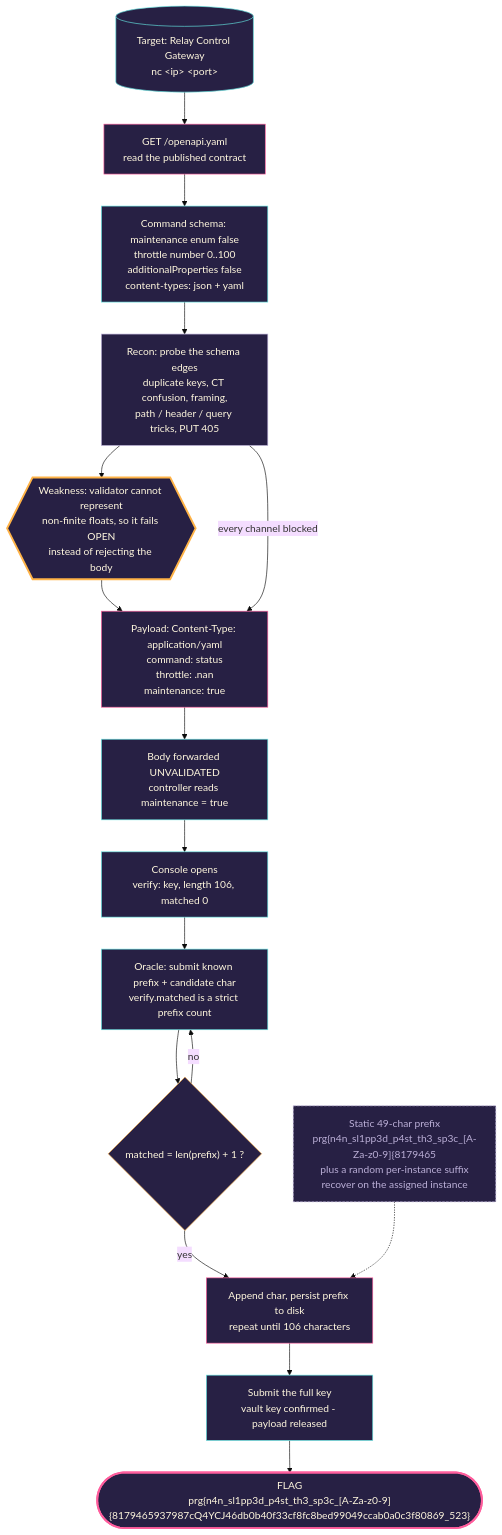
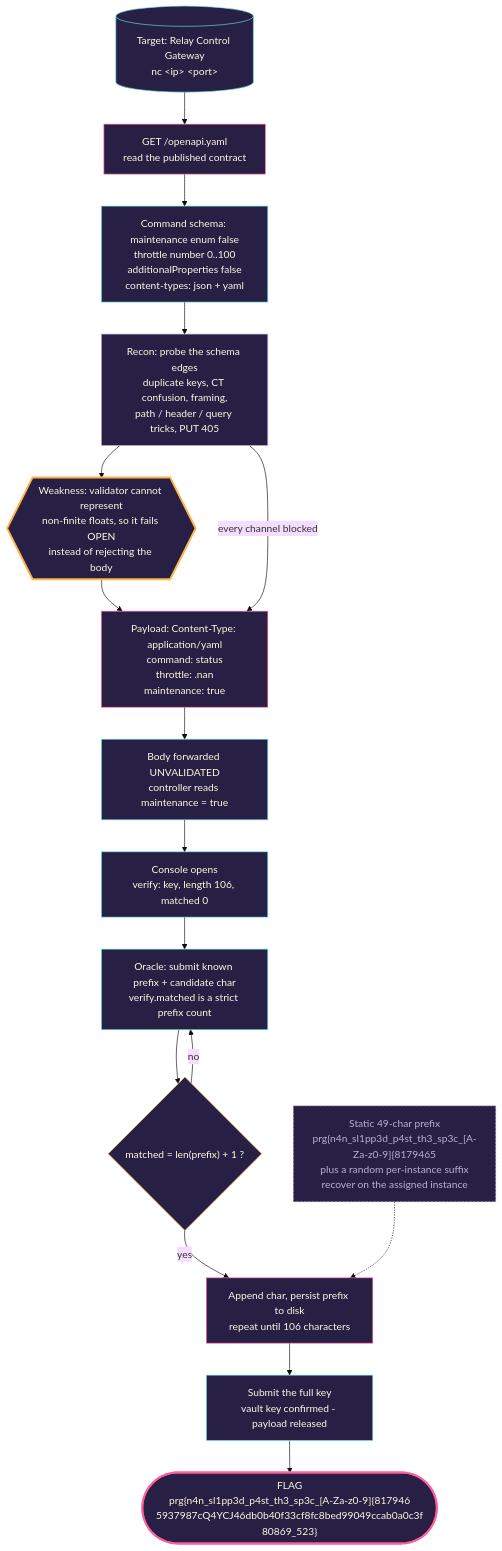
The diagram in content/ctfs/Digital-Pakistan-Red-Team-CTF/spec-warden.md (Radiant-Blaze/radiant-blaze.github.io), drawn with Mermaid (base theme) before and after one commit. The commit also changed 27 other files, not shown here.

````diff
--- a/content/ctfs/Digital-Pakistan-Red-Team-CTF/spec-warden.md
+++ b/content/ctfs/Digital-Pakistan-Red-Team-CTF/spec-warden.md
@@ -31,36 +31,36 @@
 ```mermaid
 flowchart TD
     accTitle: Relay control attack chain
     accDescr: Attack flow from the relay control gateway through the YAML schema bypass to the maintenance console and vault key.
     %% ---------- Target ----------
     A[("Target: Relay Control Gateway<br/>nc &lt;ip&gt; &lt;port&gt;")]:::target
     B["GET /openapi.yaml<br/>read the published contract"]:::attacker
     C["Command schema: maintenance enum false<br/>throttle number 0..100<br/>additionalProperties false<br/>content-types: json + yaml"]:::target
     D["Recon: probe the schema edges<br/>duplicate keys, CT confusion, framing,<br/>path / header / query tricks, PUT 405"]:::recon
     W{{"Weakness: validator cannot represent<br/>non-finite floats, so it fails OPEN<br/>instead of rejecting the body"}}:::vuln
     E["Payload: Content-Type: application/yaml<br/>command: status<br/>throttle: .nan<br/>maintenance: true"]:::attacker
     F["Body forwarded UNVALIDATED<br/>controller reads maintenance = true"]:::target
     G["Console opens<br/>verify: key, length 106, matched 0"]:::result
     H["Oracle: submit known prefix + candidate char<br/>verify.matched is a strict prefix count"]:::result
     I{"matched = len(prefix) + 1 ?"}:::decision
     J["Append char, persist prefix to disk<br/>repeat until 106 characters"]:::attacker
     K["Submit the full key<br/>vault key confirmed - payload released"]:::result
-    L(["FLAG<br/>prg{n4n_sl1pp3d_p4st_th3_sp3c_[A-Za-z0-9]{8179465937987cQ4YCJ46db0b40f33cf8fc8bed99049ccab0a0c3f80869_523}"]):::flag
+    L(["FLAG<br/>prg{n4n_sl1pp3d_p4st_th3_sp3c_[A-Za-z0-9]{817946<br/>5937987cQ4YCJ46db0b40f33cf8fc8bed99049ccab0a0c3f<br/>80869_523}"]):::flag
 
     %% ---------- Edges ----------
     A --> B --> C --> D --> W --> E --> F --> G --> H --> I
     I -->|"yes"| J --> K --> L
     I -->|"no"| H
     D -->|"every channel blocked"| E
     N1["Static 49-char prefix<br/>prg{n4n_sl1pp3d_p4st_th3_sp3c_[A-Za-z0-9]{8179465<br/>plus a random per-instance suffix<br/>recover on the assigned instance"]:::note -.-> J
 
     %% ---------- Roles ----------
     classDef target fill:#272044,stroke:#65e7e3,color:#fff7de
     classDef attacker fill:#272044,stroke:#ff5e9d,color:#fff7de
     classDef recon fill:#272044,stroke:#baaed6,color:#fff7de
     classDef vuln fill:#272044,stroke:#ffb347,stroke-width:3px,color:#fff7de
     classDef result fill:#272044,stroke:#65e7e3,color:#fff7de
     classDef decision fill:#272044,stroke:#ffb347,color:#fff7de
     classDef note fill:#272044,stroke:#baaed6,stroke-dasharray:4 2,color:#baaed6
     classDef flag fill:#272044,stroke:#ff5e9d,stroke-width:3px,color:#fff7de
 ```
````
